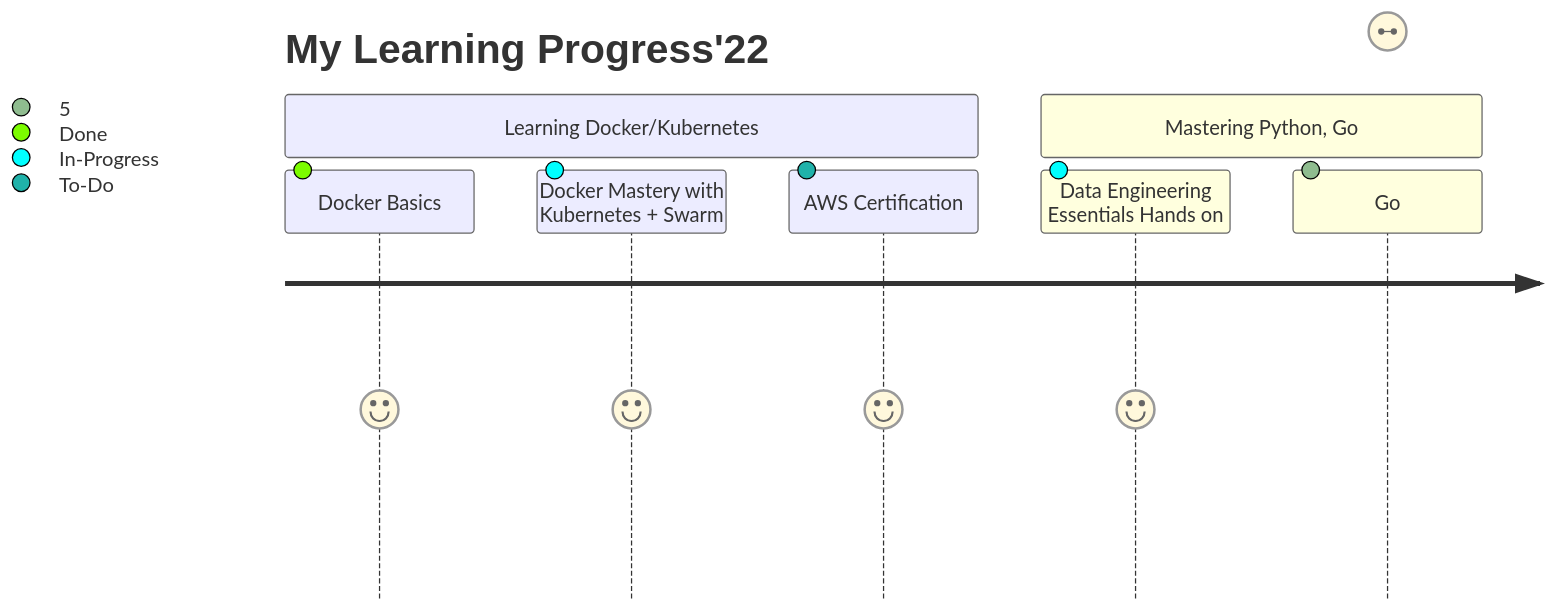
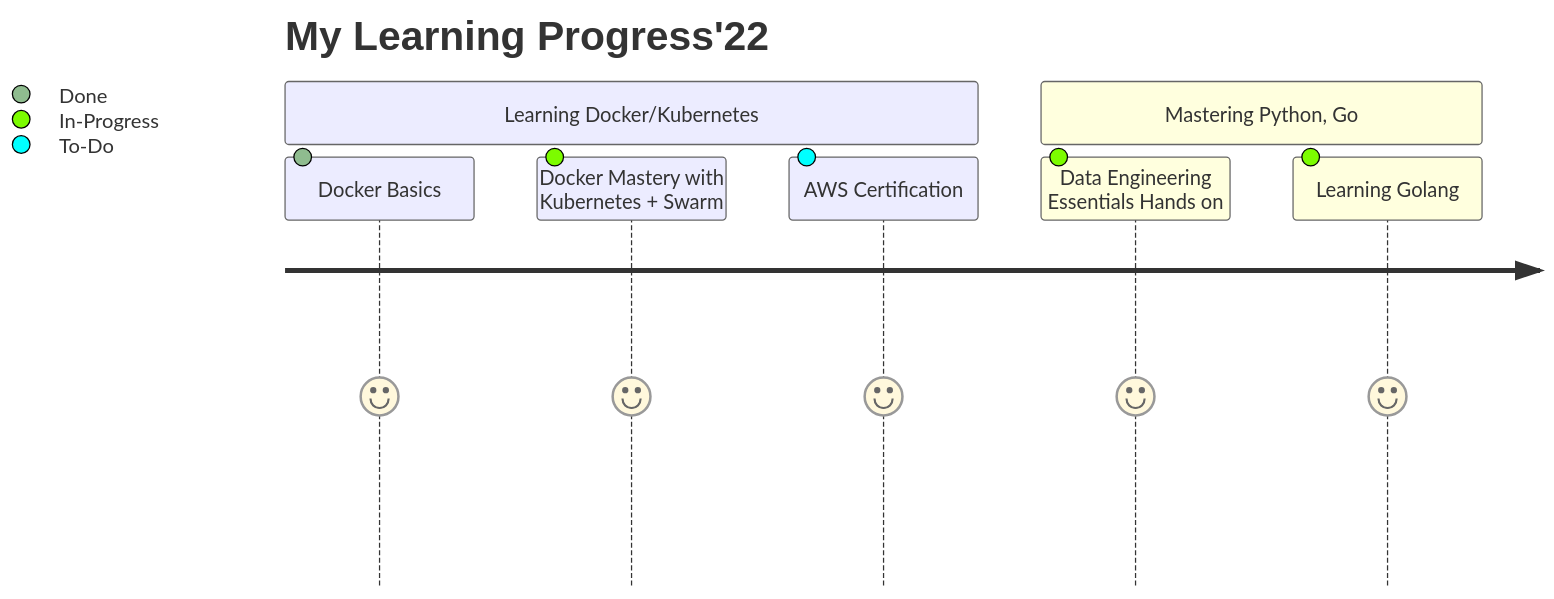
One commit to valaks-tech/valaks-tech changed the diagram in README.md. Above: the diagram before and after it, drawn with Mermaid.

````diff
--- a/README.md
+++ b/README.md
@@ -12,11 +12,11 @@
 ```mermaid
 journey
     title My Learning Progress'22
     section Learning Docker/Kubernetes
       Docker Basics: 5: Done
       Docker Mastery with Kubernetes + Swarm: 5: In-Progress
       AWS Certification: 5: To-Do
     section Mastering Python, Go
       Data Engineering Essentials Hands on: 5: In-Progress
-      Go : The Complete Developer's Guide: 5: In-Progress
+      Learning Golang: 5: In-Progress
  ``` 
````
